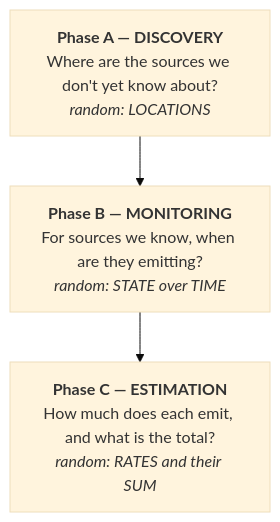
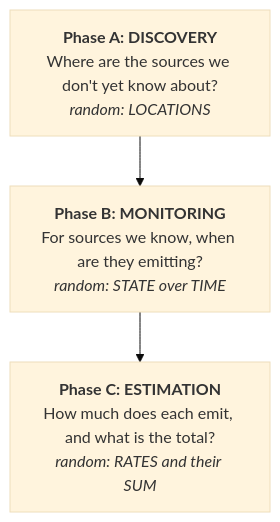
The diagram in docs/theory/inventory/inventory.md (jejjohnson/plumax), drawn with Mermaid (base theme) before and after one commit. The commit also changed other lines of this file and 44 other files, not shown here.

````diff
--- a/docs/theory/inventory/inventory.md
+++ b/docs/theory/inventory/inventory.md
@@ -11,7 +11,7 @@
 ```mermaid
 flowchart TD
-    A["<b>Phase A — DISCOVERY</b><br/>Where are the sources we don't yet know about?<br/><i>random: LOCATIONS</i>"]
-    B["<b>Phase B — MONITORING</b><br/>For sources we know, when are they emitting?<br/><i>random: STATE over TIME</i>"]
-    C["<b>Phase C — ESTIMATION</b><br/>How much does each emit, and what is the total?<br/><i>random: RATES and their SUM</i>"]
+    A["<b>Phase A: DISCOVERY</b><br/>Where are the sources we don't yet know about?<br/><i>random: LOCATIONS</i>"]
+    B["<b>Phase B: MONITORING</b><br/>For sources we know, when are they emitting?<br/><i>random: STATE over TIME</i>"]
+    C["<b>Phase C: ESTIMATION</b><br/>How much does each emit, and what is the total?<br/><i>random: RATES and their SUM</i>"]
     A --> B --> C
 ```
````
